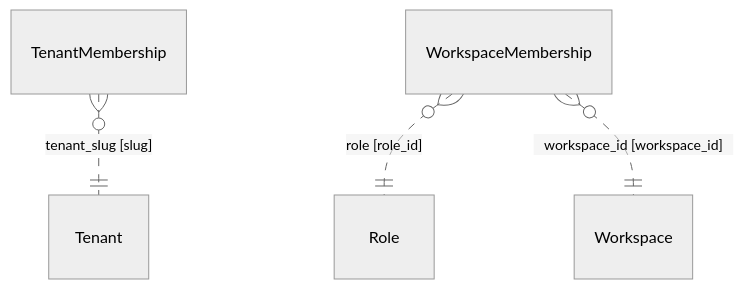
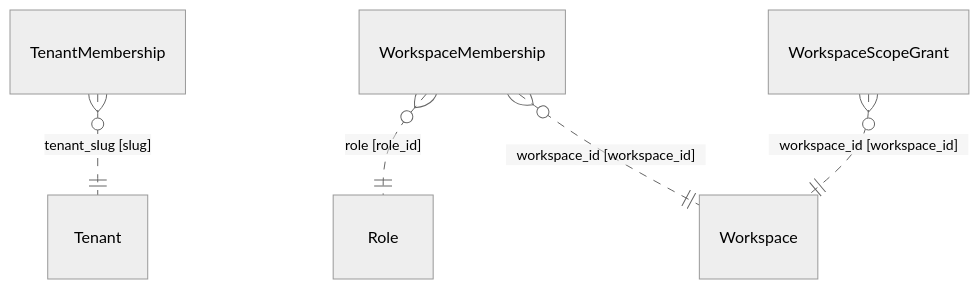
Before and after one commit to ruinosus/dna: the sixth of 8 diagrams in docs/reference/data-model.md, drawn with Mermaid (neutral theme). The commit also changed other lines of this file and 26 other files, not shown here.

````diff
--- a/docs/reference/data-model.md
+++ b/docs/reference/data-model.md
@@ -332,11 +332,13 @@
 ```mermaid
 erDiagram
     Role
     Tenant
     TenantMembership
     Workspace
     WorkspaceMembership
+    WorkspaceScopeGrant
     TenantMembership }o..|| Tenant : "tenant_slug [slug]"
     WorkspaceMembership }o..|| Role : "role [role_id]"
     WorkspaceMembership }o..|| Workspace : "workspace_id [workspace_id]"
+    WorkspaceScopeGrant }o..|| Workspace : "workspace_id [workspace_id]"
 ```
````
